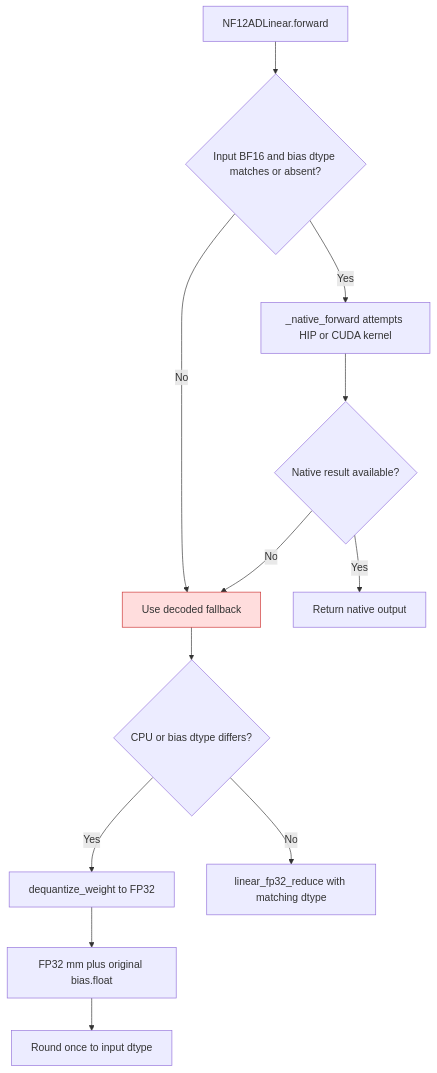
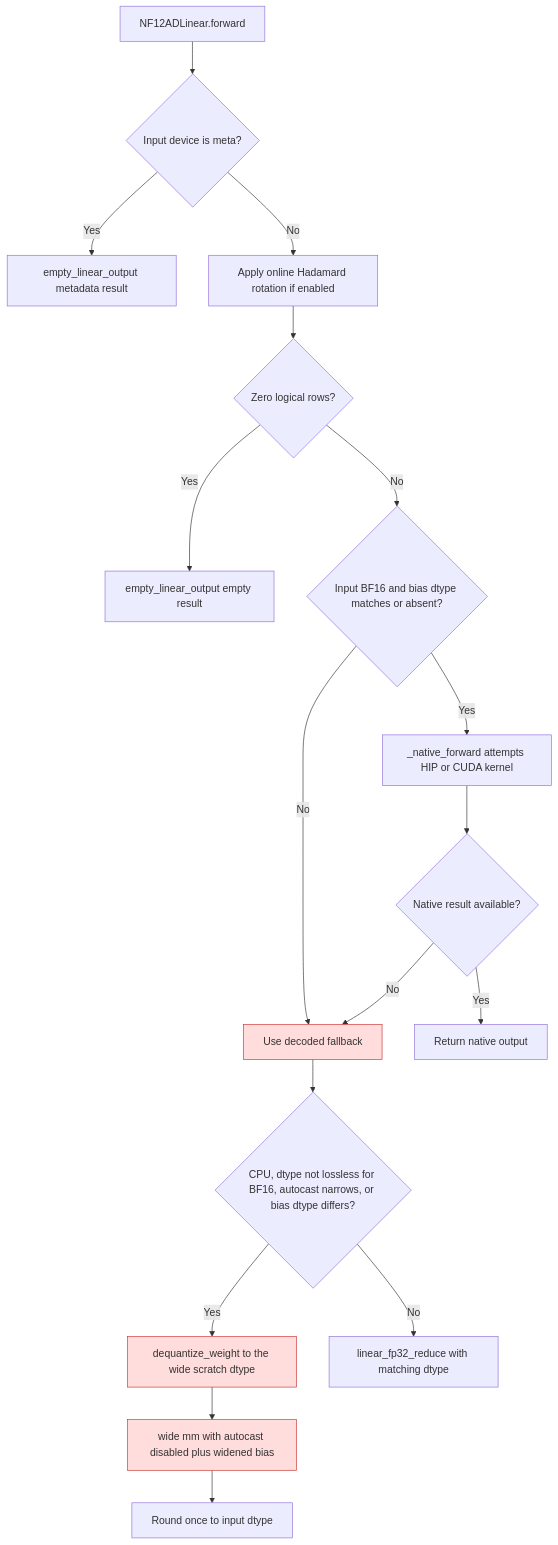
The diagram in docs/nf12-bias-epilogue.md (ModelCloud/GPTQModel), drawn with Mermaid before and after one commit. The commit also changed other lines of this file and 6 other files, not shown here.

First line of the commit message:
fix(nf12): keep BF16 weight range in the decoded fallback (#3751)

````diff
--- a/docs/nf12-bias-epilogue.md
+++ b/docs/nf12-bias-epilogue.md
@@ -12,16 +19,21 @@
 ```mermaid
 flowchart TD
-    A["NF12ADLinear.forward"] --> B{"Input BF16 and bias dtype matches or absent?"}
+    A["NF12ADLinear.forward"] --> M{"Input device is meta?"}
+    M -- Yes --> M1["empty_linear_output metadata result"]
+    M -- No --> R["Apply online Hadamard rotation if enabled"]
+    R --> Z{"Zero logical rows?"}
+    Z -- Yes --> Z1["empty_linear_output empty result"]
+    Z -- No --> B{"Input BF16 and bias dtype matches or absent?"}
     B -- Yes --> C["_native_forward attempts HIP or CUDA kernel"]
     B -- No --> D["Use decoded fallback"]
     C --> E{"Native result available?"}
     E -- Yes --> F["Return native output"]
     E -- No --> D
-    D --> G{"CPU or bias dtype differs?"}
-    G -- Yes --> H["dequantize_weight to FP32"]
-    H --> I["FP32 mm plus original bias.float"]
+    D --> G{"CPU, dtype not lossless for BF16, autocast narrows, or bias dtype differs?"}
+    G -- Yes --> H["dequantize_weight to the wide scratch dtype"]
+    H --> I["wide mm with autocast disabled plus widened bias"]
     I --> J["Round once to input dtype"]
     G -- No --> K["linear_fp32_reduce with matching dtype"]
-    classDef fallback fill:#fdd,stroke:#c33
-    class D fallback
+    classDef fail fill:#fdd,stroke:#c33
+    class D,H,I fail
 ```
````
